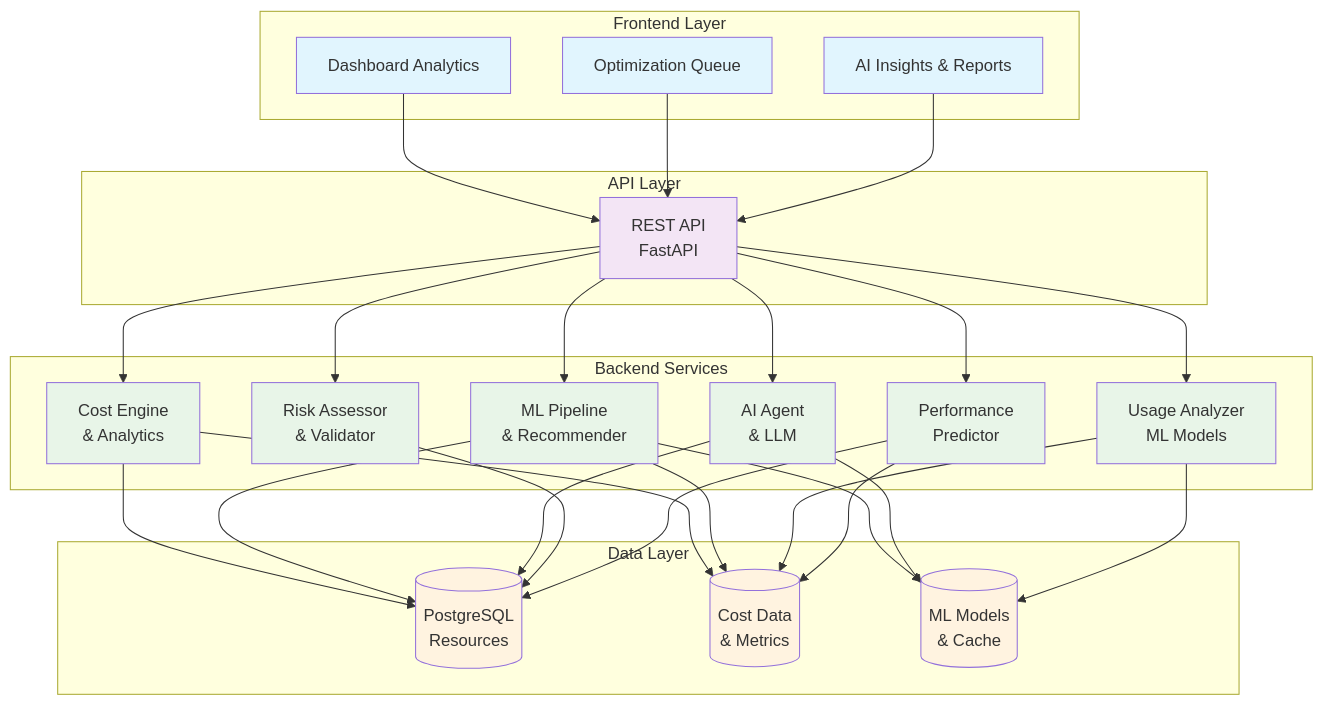
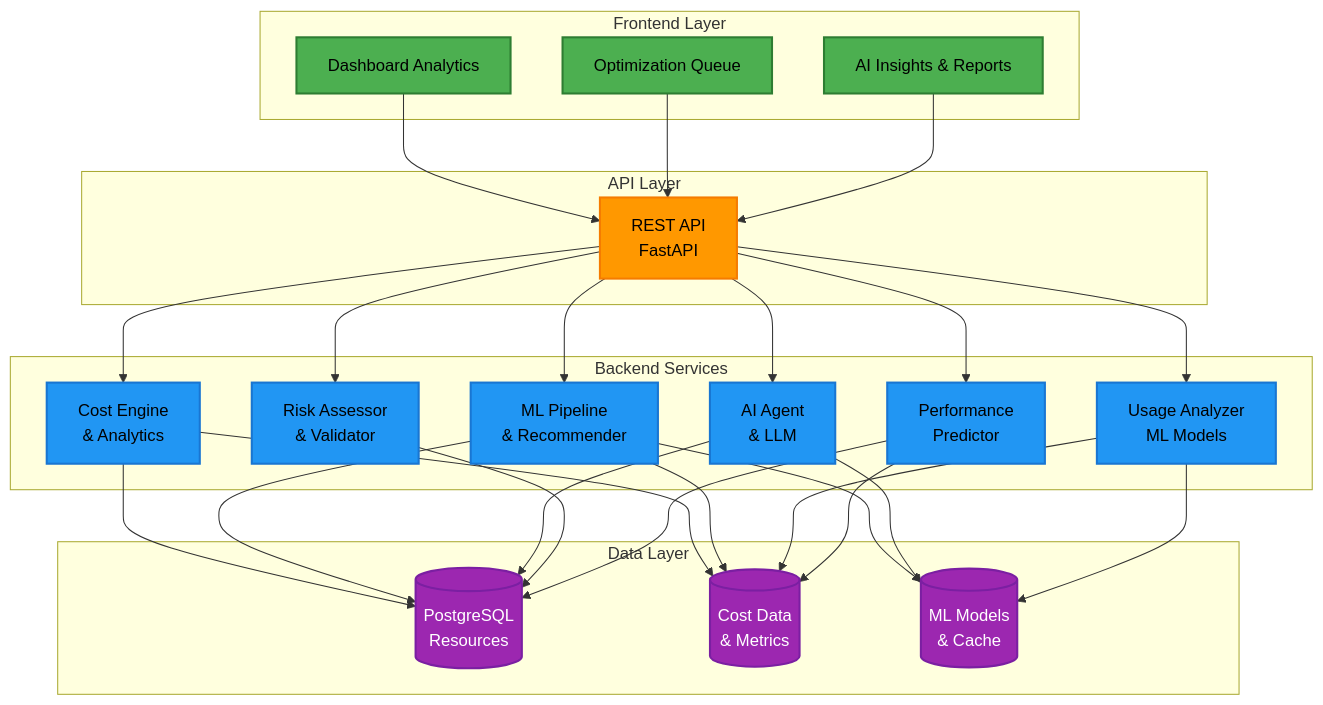
The first of 7 diagrams in README.md (yashshah-dev/cloud-cost-optimizer), drawn with Mermaid before and after one commit. The commit also changed other lines of this file, not shown here.

First line of the commit message:
Fix Mermaid diagram colors for better text visibility

````diff
--- a/README.md
+++ b/README.md
@@ -11,65 +11,65 @@
 ```mermaid
 graph TB
     subgraph "Frontend Layer"
         A[Dashboard Analytics] 
         B[Optimization Queue]
         C[AI Insights & Reports]
     end
     
     subgraph "API Layer"
         D[REST API<br/>FastAPI]
     end
     
     subgraph "Backend Services"
         E[Cost Engine<br/>& Analytics]
         F[ML Pipeline<br/>& Recommender]
         G[AI Agent<br/>& LLM]
         H[Usage Analyzer<br/>ML Models]
         I[Risk Assessor<br/>& Validator]
         J[Performance<br/>Predictor]
     end
     
     subgraph "Data Layer"
         K[(PostgreSQL<br/>Resources)]
         L[(Cost Data<br/>& Metrics)]
         M[(ML Models<br/>& Cache)]
     end
     
     A --> D
     B --> D
     C --> D
     
     D --> E
     D --> F
     D --> G
     D --> H
     D --> I
     D --> J
     
     E --> K
     E --> L
     F --> K
     F --> L
     F --> M
     G --> K
     G --> M
     H --> L
     H --> M
     I --> K
     J --> K
     J --> L
     
-    style A fill:#e1f5fe
-    style B fill:#e1f5fe  
-    style C fill:#e1f5fe
-    style D fill:#f3e5f5
-    style E fill:#e8f5e8
-    style F fill:#e8f5e8
-    style G fill:#e8f5e8
-    style H fill:#e8f5e8
-    style I fill:#e8f5e8
-    style J fill:#e8f5e8
-    style K fill:#fff3e0
-    style L fill:#fff3e0
-    style M fill:#fff3e0
+    style A fill:#4CAF50,stroke:#2E7D32,stroke-width:2px,color:#000
+    style B fill:#4CAF50,stroke:#2E7D32,stroke-width:2px,color:#000
+    style C fill:#4CAF50,stroke:#2E7D32,stroke-width:2px,color:#000
+    style D fill:#FF9800,stroke:#F57C00,stroke-width:2px,color:#000
+    style E fill:#2196F3,stroke:#1976D2,stroke-width:2px,color:#000
+    style F fill:#2196F3,stroke:#1976D2,stroke-width:2px,color:#000
+    style G fill:#2196F3,stroke:#1976D2,stroke-width:2px,color:#000
+    style H fill:#2196F3,stroke:#1976D2,stroke-width:2px,color:#000
+    style I fill:#2196F3,stroke:#1976D2,stroke-width:2px,color:#000
+    style J fill:#2196F3,stroke:#1976D2,stroke-width:2px,color:#000
+    style K fill:#9C27B0,stroke:#7B1FA2,stroke-width:2px,color:#FFF
+    style L fill:#9C27B0,stroke:#7B1FA2,stroke-width:2px,color:#FFF
+    style M fill:#9C27B0,stroke:#7B1FA2,stroke-width:2px,color:#FFF
 ```
````
